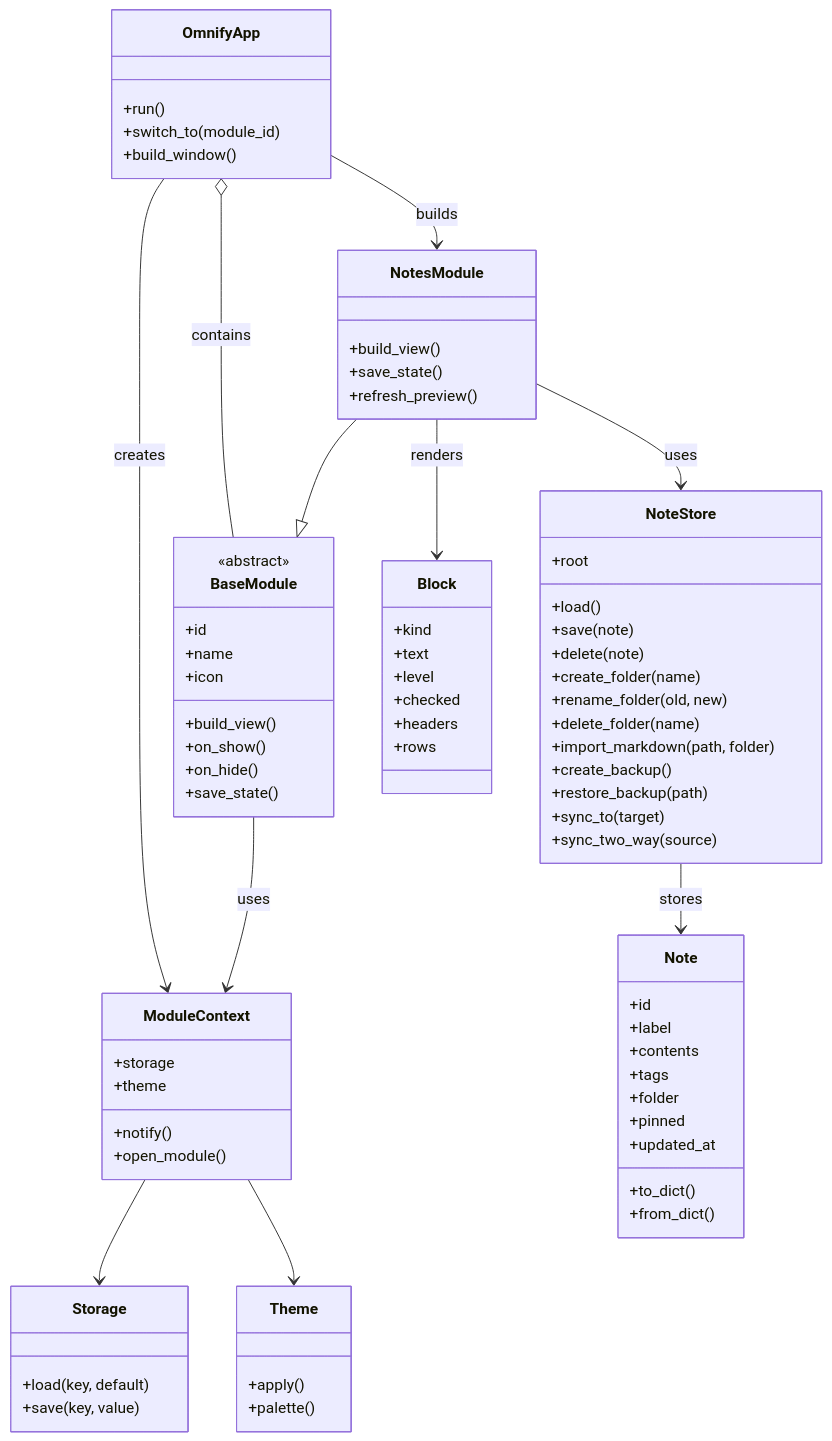
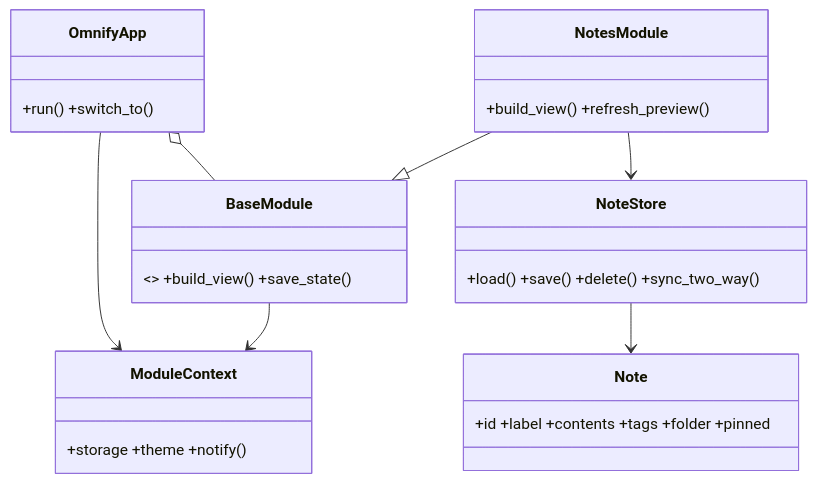
The third of 3 diagrams in ПРАКТИЧНІ_РОБОТИ.md (asdjfhaisufheirufiaref/omnify), drawn with Mermaid before and after one commit. The commit also changed other lines of this file, not shown here.

````diff
--- a/ПРАКТИЧНІ_РОБОТИ.md
+++ b/ПРАКТИЧНІ_РОБОТИ.md
@@ -863,89 +157,15 @@
 ```mermaid
 classDiagram
-    class OmnifyApp {
-        +run()
-        +switch_to(module_id)
-        +build_window()
-    }
-
-    class BaseModule {
-        <<abstract>>
-        +id
-        +name
-        +icon
-        +build_view()
-        +on_show()
-        +on_hide()
-        +save_state()
-    }
-
-    class ModuleContext {
-        +storage
-        +theme
-        +notify()
-        +open_module()
-    }
-
-    class Storage {
-        +load(key, default)
-        +save(key, value)
-    }
-
-    class Theme {
-        +apply()
-        +palette()
-    }
-
-    class Note {
-        +id
-        +label
-        +contents
-        +tags
-        +folder
-        +pinned
-        +updated_at
-        +to_dict()
-        +from_dict()
-    }
-
-    class NoteStore {
-        +root
-        +load()
-        +save(note)
-        +delete(note)
-        +create_folder(name)
-        +rename_folder(old, new)
-        +delete_folder(name)
-        +import_markdown(path, folder)
-        +create_backup()
-        +restore_backup(path)
-        +sync_to(target)
-        +sync_two_way(source)
-    }
-
-    class NotesModule {
-        +build_view()
-        +save_state()
-        +refresh_preview()
-    }
-
-    class Block {
-        +kind
-        +text
-        +level
-        +checked
-        +headers
-        +rows
-    }
-
-    OmnifyApp o-- BaseModule : contains
-    OmnifyApp --> ModuleContext : creates
-    BaseModule --> ModuleContext : uses
-    ModuleContext --> Storage
-    ModuleContext --> Theme
+    class OmnifyApp { +run() +switch_to() }
+    class BaseModule { <<abstract>> +build_view() +save_state() }
+    class ModuleContext { +storage +theme +notify() }
+    class Note { +id +label +contents +tags +folder +pinned }
+    class NoteStore { +load() +save() +delete() +sync_two_way() }
+    class NotesModule { +build_view() +refresh_preview() }
+    OmnifyApp o-- BaseModule
+    OmnifyApp --> ModuleContext
+    BaseModule --> ModuleContext
     NotesModule --|> BaseModule
-    NotesModule --> NoteStore : uses
-    NotesModule --> Block : renders
-    NoteStore --> Note : stores
-    OmnifyApp --> NotesModule : builds
+    NotesModule --> NoteStore
+    NoteStore --> Note
 ```
````
